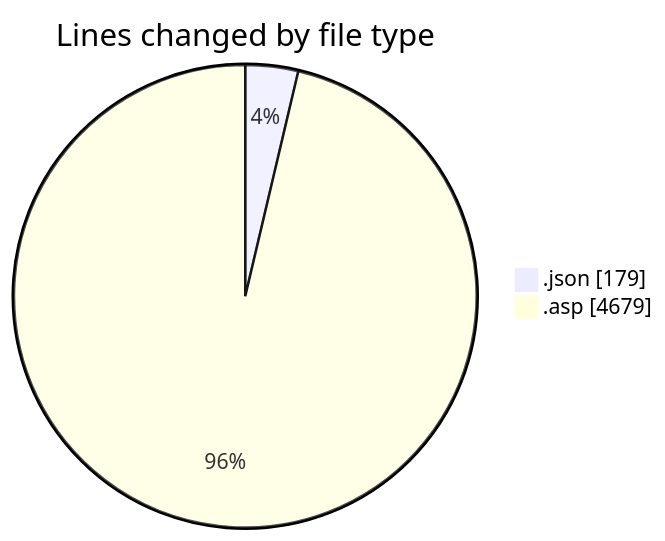
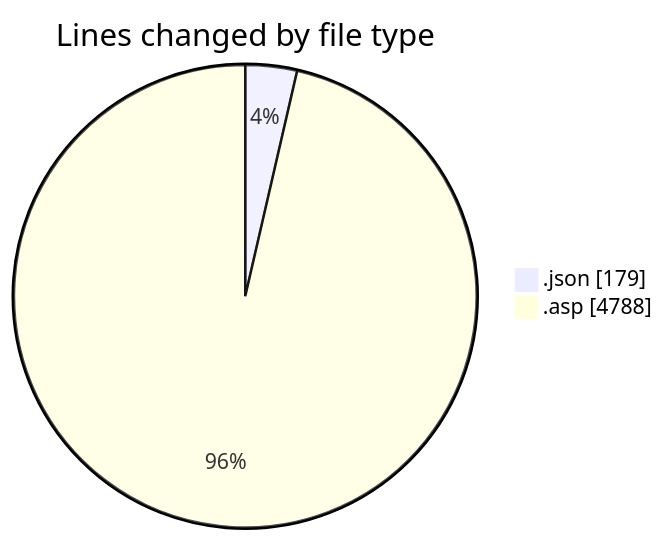
One commit to julien-gomy/code-tracking changed the first of 2 diagrams in 2025-11-17/cdp_aleoudev_fr__workspace_/README.md. Above: the diagram before and after it, drawn with Mermaid. The commit also changed other lines of this file and 1 other file, not shown here.

````diff
--- a/2025-11-17/cdp_aleoudev_fr__workspace_/README.md
+++ b/2025-11-17/cdp_aleoudev_fr__workspace_/README.md
@@ -23,6 +24,6 @@
 ```mermaid
 pie showData
 title Lines changed by file type
 ".json" : 179
-".asp" : 4679
+".asp" : 4788
 ```
````
